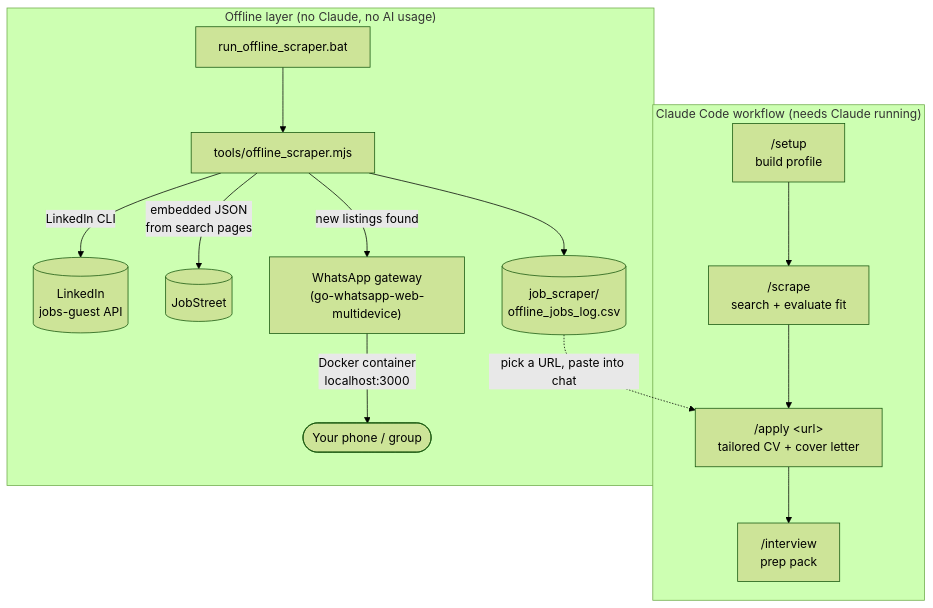
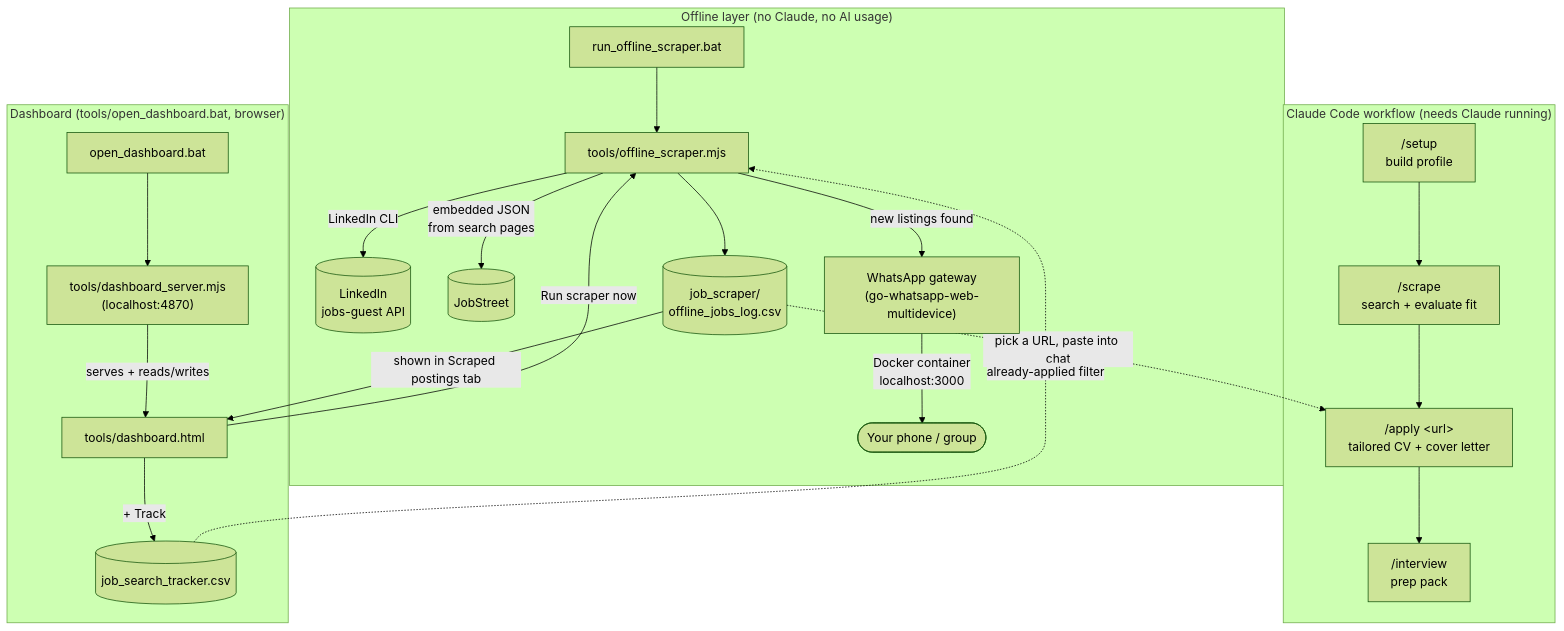
Before and after one commit to afprayogi/ai-internship-search-proto: the diagram in README.md, drawn with Mermaid (forest theme). The commit also changed other lines of this file and 6 other files, not shown here.

First line of the commit message:
Add browser dashboard: scraped-postings view + one-click scraper run

````diff
--- a/README.md
+++ b/README.md
@@ -29,19 +29,28 @@
 ```mermaid
 flowchart TD
     subgraph claude["Claude Code workflow (needs Claude running)"]
         setup["/setup\nbuild profile"] --> scrape["/scrape\nsearch + evaluate fit"]
         scrape --> apply["/apply &lt;url&gt;\ntailored CV + cover letter"]
         apply --> interview["/interview\nprep pack"]
     end
 
     subgraph offline["Offline layer (no Claude, no AI usage)"]
         bat["run_offline_scraper.bat"] --> scraper["tools/offline_scraper.mjs"]
         scraper -->|"LinkedIn CLI"| li[("LinkedIn\njobs-guest API")]
         scraper -->|"embedded JSON\nfrom search pages"| js[("JobStreet")]
         scraper --> csv[("job_scraper/\noffline_jobs_log.csv")]
         scraper -->|"new listings found"| wa["WhatsApp gateway\n(go-whatsapp-web-multidevice)"]
         wa -->|"Docker container\nlocalhost:3000"| phone(["Your phone / group"])
     end
 
+    subgraph dash["Dashboard (tools/open_dashboard.bat, browser)"]
+        dbat["open_dashboard.bat"] --> dserver["tools/dashboard_server.mjs\n(localhost:4870)"]
+        dserver -->|"serves + reads/writes"| dhtml["tools/dashboard.html"]
+        dhtml -->|"Run scraper now"| scraper
+        dhtml -->|"+ Track"| tracker[("job_search_tracker.csv")]
+    end
+
     csv -.->|"pick a URL, paste into chat"| apply
+    csv -->|"shown in Scraped postings tab"| dhtml
+    tracker -.->|"already-applied filter"| scraper
 ```
````
